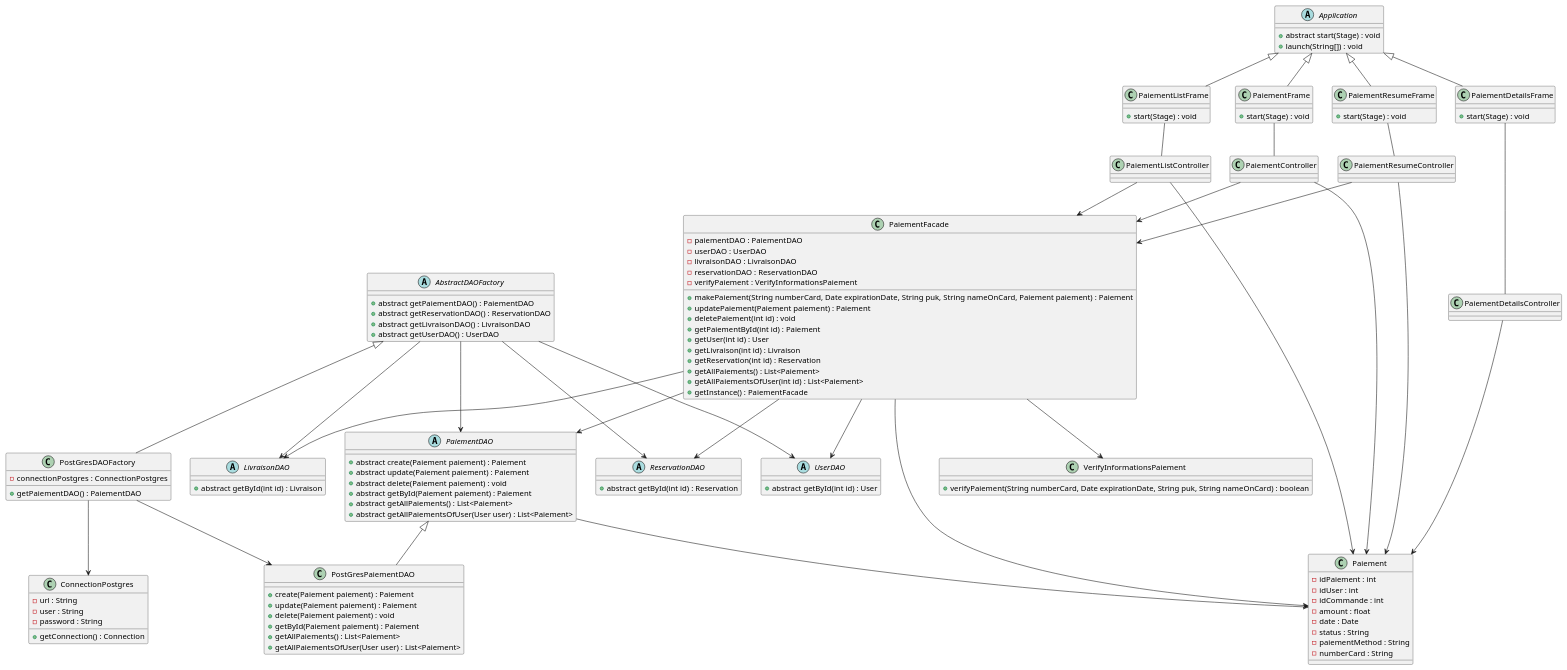
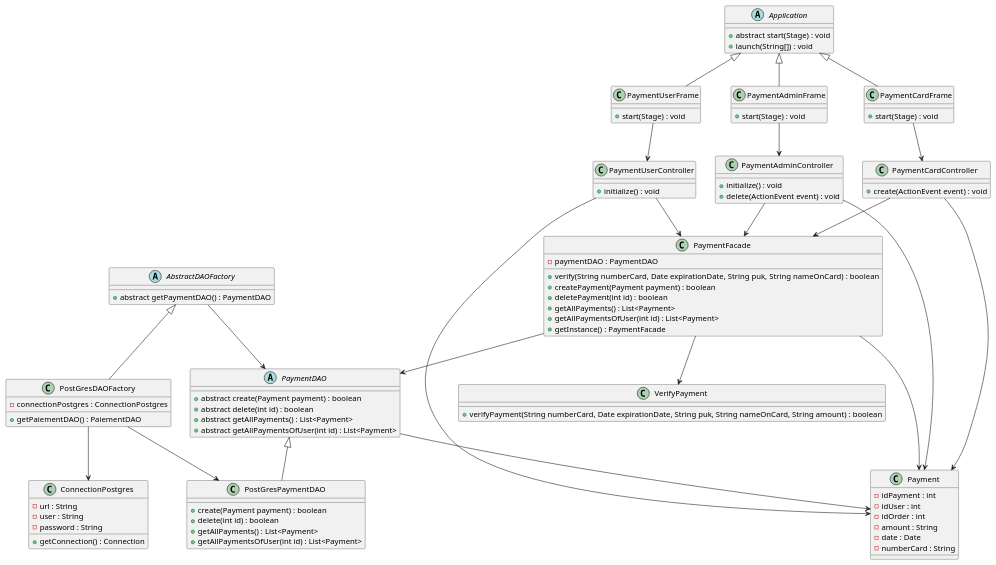
The diagram in diagrammes/Paiement/class-diagram-paiement.puml (thmsfnr/Simplify), drawn with PlantUML before and after one commit. The commit also changed 14 other files, not shown here.

Commit message:
all except controller and fxml

```diff
--- a/diagrammes/Paiement/class-diagram-paiement.puml
+++ b/diagrammes/Paiement/class-diagram-paiement.puml
@@ -1,174 +2,128 @@
 @startuml
 'https://plantuml.com/class-diagram
 
 ' Persistence Layer
 
 abstract class AbstractDAOFactory {
-    + abstract getPaiementDAO() : PaiementDAO
-    + abstract getReservationDAO() : ReservationDAO
-    + abstract getLivraisonDAO() : LivraisonDAO
-    + abstract getUserDAO() : UserDAO
+    + abstract getPaymentDAO() : PaymentDAO
 }
 
 
 class PostGresDAOFactory extends AbstractDAOFactory {
     - connectionPostgres : ConnectionPostgres
     + getPaiementDAO() : PaiementDAO
 }
 
-abstract class PaiementDAO {
-    + abstract create(Paiement paiement) : Paiement
-    + abstract update(Paiement paiement) : Paiement
-    + abstract delete(Paiement paiement) : void
-    + abstract getById(Paiement paiement) : Paiement
-    + abstract getAllPaiements() : List<Paiement>
-    + abstract getAllPaiementsOfUser(User user) : List<Paiement>
+abstract class PaymentDAO {
+    + abstract create(Payment payment) : boolean
+    + abstract delete(int id) : boolean
+    + abstract getAllPayments() : List<Payment>
+    + abstract getAllPaymentsOfUser(int id) : List<Payment>
 }
 
-abstract class UserDAO{
-    + abstract getById(int id) : User
-}
 
-abstract class LivraisonDAO{
-    + abstract getById(int id) : Livraison
-}
-
-abstract class ReservationDAO{
-    + abstract getById(int id) : Reservation
-}
-
-class PostGresPaiementDAO extends PaiementDAO {
-    + create(Paiement paiement) : Paiement
-    + update(Paiement paiement) : Paiement
-    + delete(Paiement paiement) : void
-    + getById(Paiement paiement) : Paiement
-    + getAllPaiements() : List<Paiement>
-    + getAllPaiementsOfUser(User user) : List<Paiement>
+class PostGresPaymentDAO extends PaymentDAO {
+    + create(Payment payment) : boolean
+    + delete(int id) : boolean
+    + getAllPayments() : List<Payment>
+    + getAllPaymentsOfUser(int id) : List<Payment>
 }
 
 
 class ConnectionPostgres {
     - url : String
     - user : String
     - password : String
     + getConnection() : Connection
 }
 
 
 ' Business Layer
 
-class PaiementFacade {
-    - paiementDAO : PaiementDAO
-    - userDAO : UserDAO
-    - livraisonDAO : LivraisonDAO
-    - reservationDAO : ReservationDAO
-    - verifyPaiement : VerifyInformationsPaiement
-    + makePaiement(String numberCard, Date expirationDate, String puk, String nameOnCard, Paiement paiement) : Paiement
-    + updatePaiement(Paiement paiement) : Paiement
-    + deletePaiement(int id) : void
-    + getPaiementById(int id) : Paiement
-    + getUser(int id) : User
-    + getLivraison(int id) : Livraison
-    + getReservation(int id) : Reservation
-    + getAllPaiements() : List<Paiement>
-    + getAllPaiementsOfUser(int id) : List<Paiement>
-    + getInstance() : PaiementFacade
+class PaymentFacade {
+    - paymentDAO : PaymentDAO
+    + verify(String numberCard, Date expirationDate, String puk, String nameOnCard) : boolean
+    + createPayment(Payment payment) : boolean
+    + deletePayment(int id) : boolean
+    + getAllPayments() : List<Payment>
+    + getAllPaymentsOfUser(int id) : List<Payment>
+    + getInstance() : PaymentFacade
 }
 
 
-class VerifyInformationsPaiement {
-    + verifyPaiement(String numberCard, Date expirationDate, String puk, String nameOnCard) : boolean
+class VerifyPayment {
+    + verifyPayment(String numberCard, Date expirationDate, String puk, String nameOnCard, String amount) : boolean
 }
 
 
-class Paiement {
-    - idPaiement : int
+class Payment {
+    - idPayment : int
     - idUser : int
-    - idCommande : int
-    - amount : float
+    - idOrder : int
+    - amount : String
     - date : Date
-    - status : String
-    - paiementMethod : String
     - numberCard : String
 }
+
 
 
 ' Presentation Layer
 
 abstract class Application{
     + abstract start(Stage) : void
     + launch(String[]) : void
 }
 
-class PaiementListFrame extends Application{
+class PaymentCardFrame extends Application{
     +start(Stage) : void
 }
 
-class PaiementListController{
-
+class PaymentCardController{
+    + create(ActionEvent event) : void
 }
 
-class PaiementFrame extends Application{
+class PaymentUserFrame extends Application{
     +start(Stage) : void
 }
 
-class PaiementController{
-
+class PaymentUserController{
+    + initialize() : void
 }
 
-class PaiementResumeFrame extends Application{
+class PaymentAdminFrame extends Application{
     +start(Stage) : void
 }
 
-class PaiementResumeController{
-
-}
-
-class PaiementDetailsFrame extends Application{
-    +start(Stage) : void
-}
-
-class PaiementDetailsController{
-
+class PaymentAdminController{
+    + initialize() : void
+    + delete(ActionEvent event) : void
 }
 
 
 
 ' Associations
 PostGresDAOFactory --> ConnectionPostgres
-PostGresDAOFactory --> PostGresPaiementDAO
-AbstractDAOFactory --> PaiementDAO
+PostGresDAOFactory --> PostGresPaymentDAO
 
-AbstractDAOFactory --> UserDAO
-AbstractDAOFactory --> LivraisonDAO
-AbstractDAOFactory --> ReservationDAO
+AbstractDAOFactory --> PaymentDAO
 
-PaiementFacade --> PaiementDAO
-PaiementFacade --> UserDAO
-PaiementFacade --> LivraisonDAO
-PaiementFacade --> ReservationDAO
+PaymentFacade --> PaymentDAO
 
 
+PaymentAdminFrame --> PaymentAdminController
+PaymentUserFrame --> PaymentUserController
+PaymentCardFrame --> PaymentCardController
 
-PaiementListFrame -- PaiementListController
-PaiementFrame -- PaiementController
+PaymentAdminController --> PaymentFacade
+PaymentUserController --> PaymentFacade
+PaymentCardController --> PaymentFacade
 
-PaiementListController --> PaiementFacade
-PaiementController --> PaiementFacade
+PaymentFacade --> VerifyPayment
 
-PaiementResumeFrame -- PaiementResumeController
-PaiementResumeController --> PaiementFacade
-
-PaiementDetailsFrame -- PaiementDetailsController
-
-
-PaiementFacade --> VerifyInformationsPaiement
-
-PaiementFacade --> Paiement
-PaiementDAO --> Paiement
-PaiementController --> Paiement
-PaiementListController --> Paiement
-PaiementResumeController --> Paiement
-PaiementDetailsController --> Paiement
+PaymentFacade --> Payment
+PaymentDAO --> Payment
+PaymentCardController --> Payment
+PaymentUserController --> Payment
+PaymentAdminController --> Payment
 
 @enduml
```
